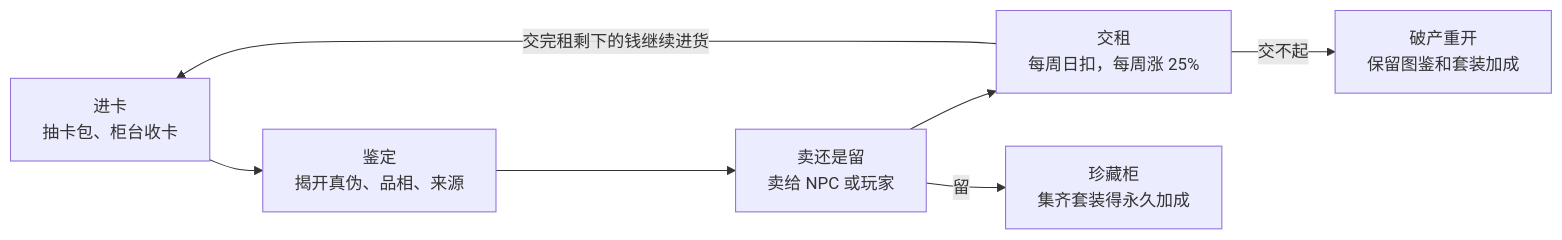
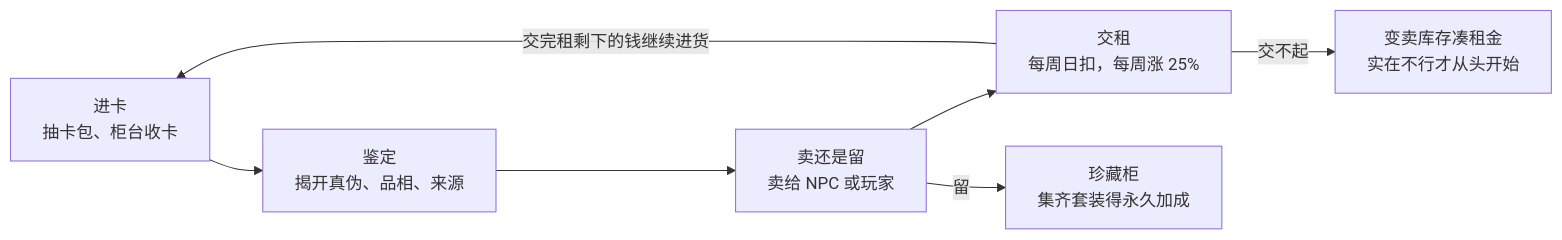
One commit to JoeyChen-exploration/kanu changed the diagram in docs/DESIGN.md. Above: the diagram before and after it, drawn with Mermaid. The commit also changed other lines of this file and 8 other files, not shown here.

````diff
--- a/docs/DESIGN.md
+++ b/docs/DESIGN.md
@@ -29,9 +29,9 @@
 ```mermaid
 flowchart LR
     A[进卡<br/>抽卡包、柜台收卡] --> B[鉴定<br/>揭开真伪、品相、来源]
     B --> C[卖还是留<br/>卖给 NPC 或玩家]
     C --> D[交租<br/>每周日扣，每周涨 25%]
     D -- 交完租剩下的钱继续进货 --> A
     C -- 留 --> E[珍藏柜<br/>集齐套装得永久加成]
-    D -- 交不起 --> F[破产重开<br/>保留图鉴和套装加成]
+    D -- 交不起 --> F[变卖库存凑租金<br/>实在不行才从头开始]
 ```
````
